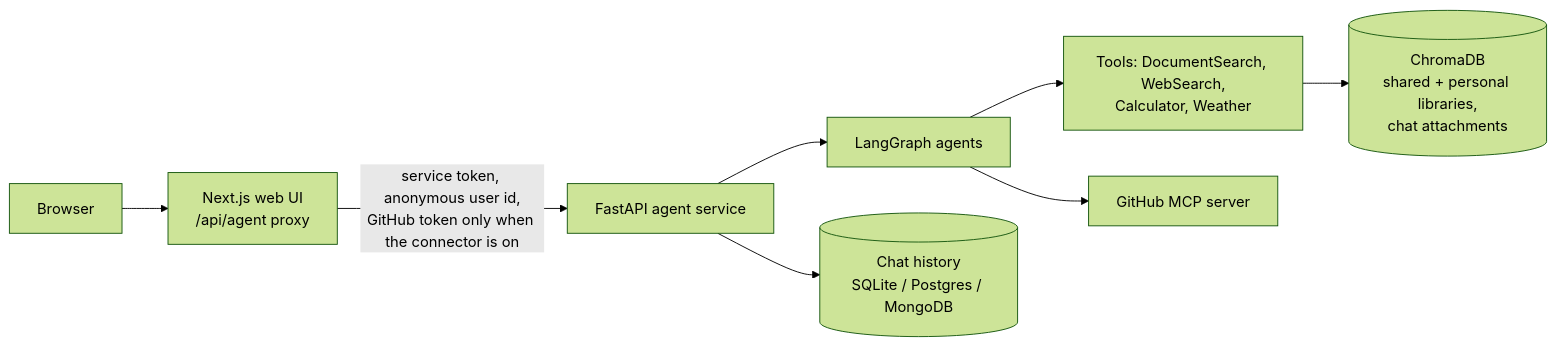
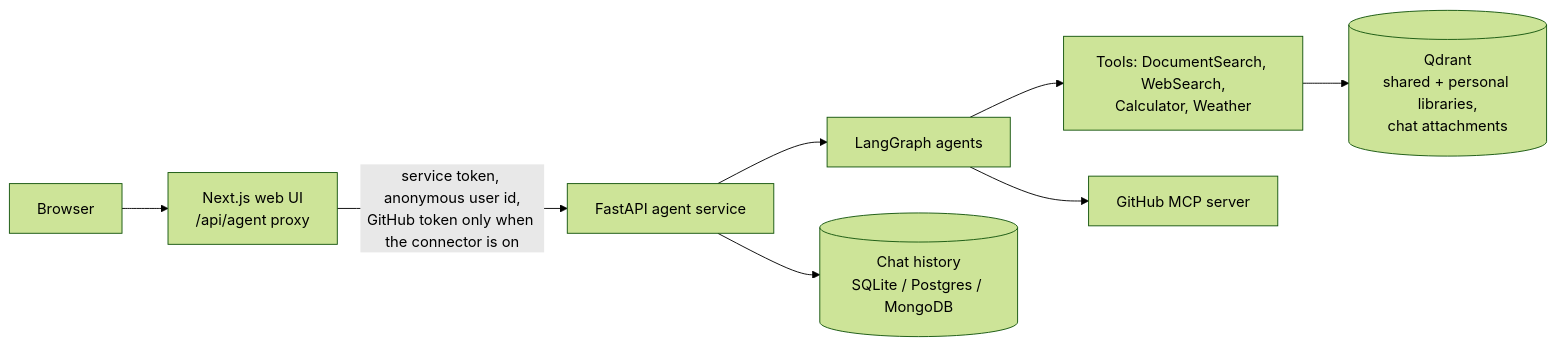
One commit to qwertyz15/synapse-ai changed the diagram in README.md. Above: the diagram before and after it, drawn with Mermaid (forest theme). The commit also changed other lines of this file and 4 other files, not shown here.

Commit message:
docs: Qdrant as the vector store, and migrating from Chroma

````diff
--- a/README.md
+++ b/README.md
@@ -138,10 +138,10 @@
 ```mermaid
 flowchart LR
     B[Browser] --> W["Next.js web UI<br/>/api/agent proxy"]
     W -->|"service token, anonymous user id,<br/>GitHub token only when the connector is on"| S[FastAPI agent service]
     S --> A[LangGraph agents]
     A --> T["Tools: DocumentSearch, WebSearch,<br/>Calculator, Weather"]
     A --> G[GitHub MCP server]
-    T --> C[("ChromaDB<br/>shared + personal libraries,<br/>chat attachments")]
+    T --> C[("Qdrant<br/>shared + personal libraries,<br/>chat attachments")]
     S --> M[("Chat history<br/>SQLite / Postgres / MongoDB")]
 ```
````
